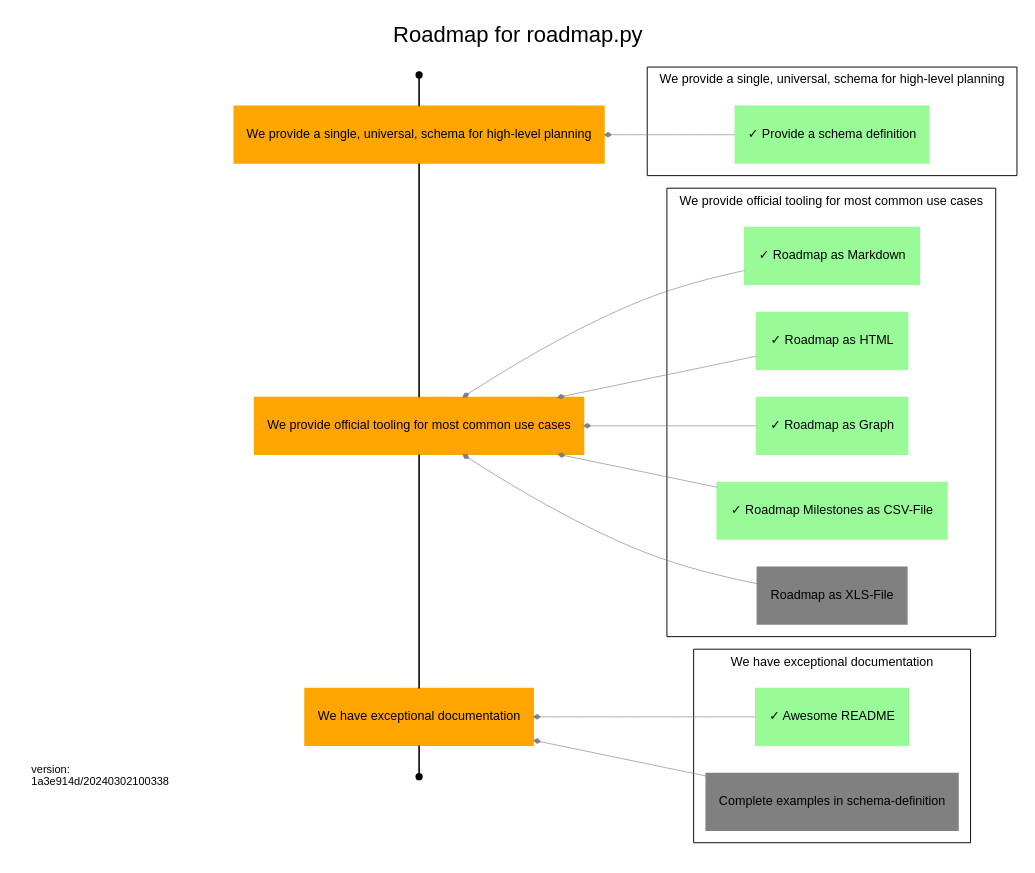
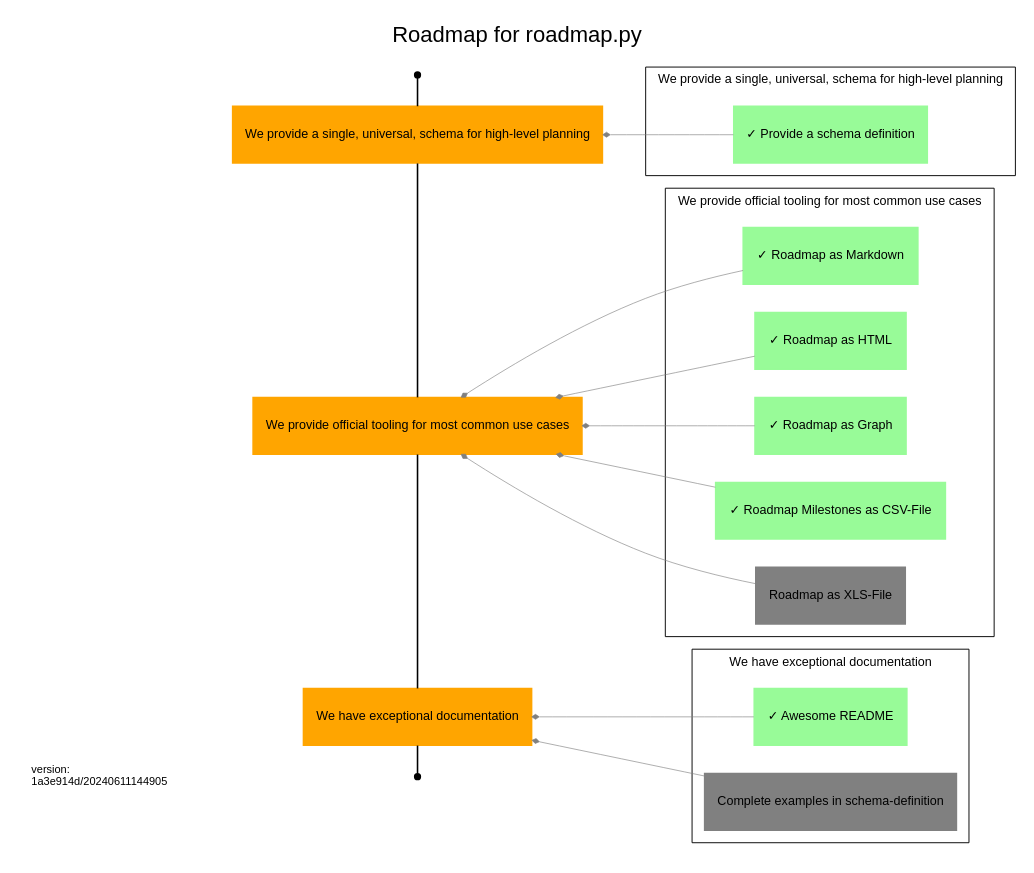
Before and after one commit to uroflavin/roadmap: the diagram in roadmap/roadmap.dot, drawn with Graphviz. The commit also changed 4 other files, not shown here.

```diff
--- a/roadmap/roadmap.dot
+++ b/roadmap/roadmap.dot
@@ -1,143 +1,143 @@
 digraph Roadmap {
   rankdir=RL;
   label="Roadmap for roadmap.py"
   tooltip="This is the planning roadmap for the [uroflavin/roadmap](https://github.com/uroflavin/roadmap) project. 
 It acts as both the plan for implementing this tool as well as a demonstration of what a roadmap might look like.
 
 One good example is this roadmap itself. 
 What to-do and what is already done to implement roadmap.py can you see in this picture.
 
 ![Roadmap Objectives and Keyresults, rendered from roadmap.yml](roadmap.dot.png)
 
 One of the things you'll immediately notice about this file is that it uses *Markdown* for formatting of text and is designed around a structured YAML schema. 
 The goal is to make this as easy as possible for humans to read and reason about, while also enabling powerful visualizations to be generated based on the content.
 ";
   fontname="Arial";
   labelloc="t";
 
   node[style="filled",shape="rectangle",color="orange",fontname="Arial",fontsize=8];
   edge[weight=1,group="milestones",arrowhead="none"];
 
   {
 	rank=same;
 
 	start[label="Start",shape="point",color="",tooltip="This is the start of your roadmap."];
     end[label="End",shape="point",color="",tooltip="This is the end of your roadmap."];
     
     
     o1 [label="We provide a single, universal, schema for high-level planning",tooltip="The goal of this project is, primarily, to provide a single schema that can be used by different teams to describe the work they are doing and their future intentions. 
 The usefulness and applicability of this schema to real-world problem domains will determine whether anything else we do here is of value.
 "];
         
             "start" -> o1;
         
     o2 [label="We provide official tooling for most common use cases",tooltip="While the goal of having a single unified schema for planning is that it enables the development of tools that automate various aspects of planning, most teams are not going to adopt this if the fundamentals aren't already solved for them. 
 This includes things like being able to visualize your road map in common formats, validating it against the schema etc.
 "];
         
             o1 -> o2;
         
     o3 [label="We have exceptional documentation",tooltip="Adoption of something intended to make planning easier is only going to be successful if it is easy to use, and a critical part of that is great documentation. 
 Our goal is that someone with no familiarity with our tooling can ramp up and have an initial road map ready for use within only a few minutes.
 "];
         
             o2 -> o3;
         
             o3 -> "end" ;
         }
   node[color="grey"];
   edge[weight=5,color="grey",penwidth=0.4,arrowsize=0.4,group="dependencies",arrowhead="diamond"];
 
   
         
         subgraph cluster_o1 {
             label="We provide a single, universal, schema for high-level planning";
             tooltip="The goal of this project is, primarily, to provide a single schema that can be used by different teams to describe the work they are doing and their future intentions. 
 The usefulness and applicability of this schema to real-world problem domains will determine whether anything else we do here is of value.
 ";
             fontsize=8;
             penwidth=0.6;
             
                 
                 
                     
                 o1_r1 [label="✓ Provide a schema definition",tooltip="Develop a schema that fulfills the main requirements of the objective",color="palegreen"];
                 o1_r1 -> o1;
             }
     
         
         subgraph cluster_o2 {
             label="We provide official tooling for most common use cases";
             tooltip="While the goal of having a single unified schema for planning is that it enables the development of tools that automate various aspects of planning, most teams are not going to adopt this if the fundamentals aren't already solved for them. 
 This includes things like being able to visualize your road map in common formats, validating it against the schema etc.
 ";
             fontsize=8;
             penwidth=0.6;
             
                 
                 
                     
                 o2_r1 [label="✓ Roadmap as Markdown",tooltip="We should be able to generate some markdown out of roadmap.yml
 ",color="palegreen"];
                 o2_r1 -> o2;
             
                 
                 
                     
                 o2_r2 [label="✓ Roadmap as HTML",tooltip="We should be able to generate some html out of roadmap.yml
 ",color="palegreen"];
                 o2_r2 -> o2;
             
                 
                 
                     
                 o2_r3 [label="✓ Roadmap as Graph",tooltip="We should be able to generate some dot out of roadmap.yml
 ",color="palegreen"];
                 o2_r3 -> o2;
             
                 
                 
                     
                 o2_r4 [label="✓ Roadmap Milestones as CSV-File",tooltip="Excel is THE projectmanagement tool. 
 To render some progress in your favorite tool ;-) we should be able to generate some csv out of roadmap.yml-milestone and deliverables.
 CSV is limited capable for exporting everything, so this would be a good first step towards Roadmap als XLS-File.
 ",color="palegreen"];
                 o2_r4 -> o2;
             
                 
                 
                     
                 o2_r5 [label="Roadmap as XLS-File",tooltip="We should be able to generate some xls out of roadmap.yml
 ",color="grey"];
                 o2_r5 -> o2;
             }
     
         
         subgraph cluster_o3 {
             label="We have exceptional documentation";
             tooltip="Adoption of something intended to make planning easier is only going to be successful if it is easy to use, and a critical part of that is great documentation. 
 Our goal is that someone with no familiarity with our tooling can ramp up and have an initial road map ready for use within only a few minutes.
 ";
             fontsize=8;
             penwidth=0.6;
             
                 
                 
                     
                 o3_r1 [label="✓ Awesome README",tooltip="We need to complete our README explaining the purpose of this project and giving some basic examples of its use.
 ",color="palegreen"];
                 o3_r1 -> o3;
             
                 
                 
                     
                 o3_r2 [label="Complete examples in schema-definition",tooltip="Complete the examples so that every user of the schema is able to find suitable examples for their specific use cases",color="grey"];
                 o3_r2 -> o3;
             }
     subgraph footer {
                 {
                     rank="sink"; 
-                    footer [fontsize=7 shape="box" color="white" label="version:\l1a3e914d/20240302100338\l"];
+                    footer [fontsize=7 shape="box" color="white" label="version:\l1a3e914d/20240611144905\l"];
                 }
             }
 }
```
